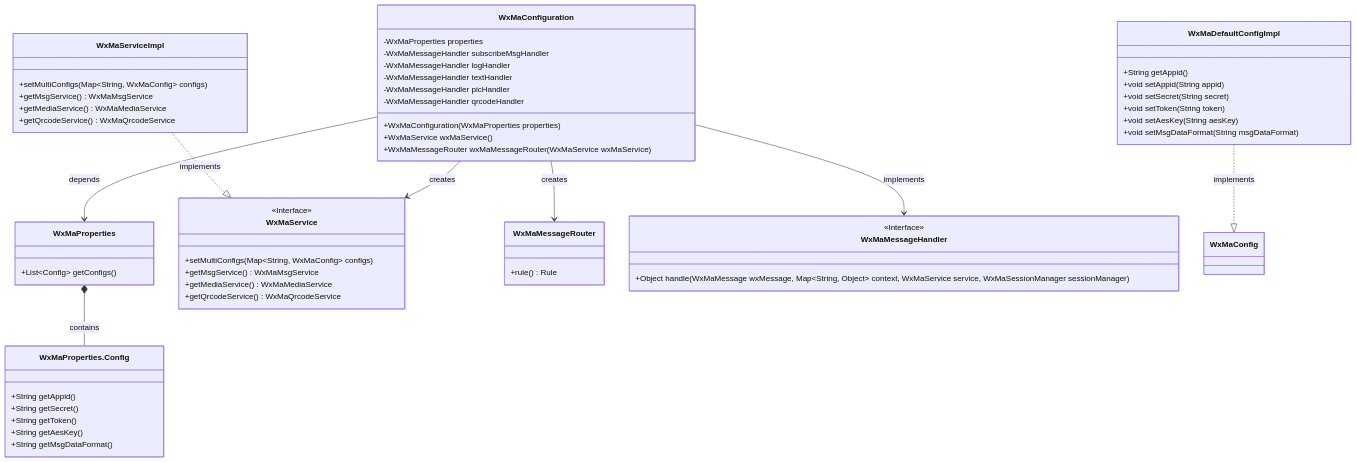
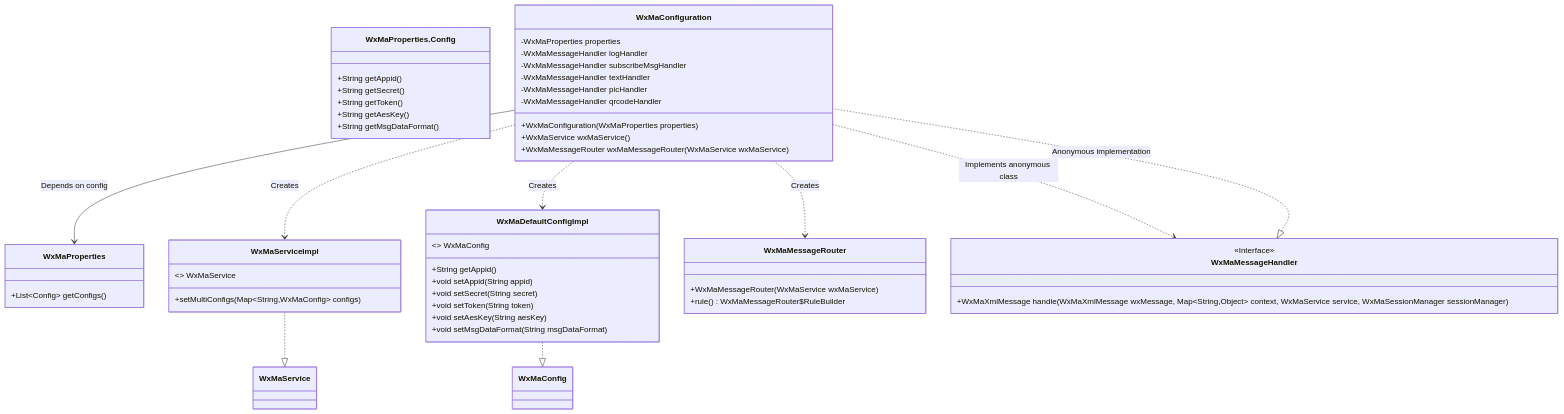
One commit to v-wjrong/imrrong_weixin-java-miniapp-demo changed the first of 3 diagrams in docs/en/docs/src/main/java/com/github/binarywang/demo/wx/miniapp/config/WxMaConfiguration.md. Above: the diagram before and after it, drawn with Mermaid. The commit also changed other lines of this file and 51 other files, not shown here.

````diff
--- a/docs/en/docs/src/main/java/com/github/binarywang/demo/wx/miniapp/config/WxMaConfiguration.md
+++ b/docs/en/docs/src/main/java/com/github/binarywang/demo/wx/miniapp/config/WxMaConfiguration.md
@@ -36,67 +36,60 @@
 ```mermaid
 classDiagram
+    class WxMaProperties {
+        +List~Config~ getConfigs()
+    }
+    
+    class WxMaProperties.Config {
+        +String getAppid()
+        +String getSecret()
+        +String getToken()
+        +String getAesKey()
+        +String getMsgDataFormat()
+    }
+    
     class WxMaConfiguration {
         -WxMaProperties properties
+        -WxMaMessageHandler logHandler
         -WxMaMessageHandler subscribeMsgHandler
-        -WxMaMessageHandler logHandler
         -WxMaMessageHandler textHandler
         -WxMaMessageHandler picHandler
         -WxMaMessageHandler qrcodeHandler
         +WxMaConfiguration(WxMaProperties properties)
         +WxMaService wxMaService()
         +WxMaMessageRouter wxMaMessageRouter(WxMaService wxMaService)
     }
-
-    class WxMaProperties {
-        +List~Config~ getConfigs()
+    
+    class WxMaServiceImpl {
+        <<Interface>> WxMaService
+        +setMultiConfigs(Map~String,WxMaConfig~ configs)
     }
-
-    class WxMaProperties.Config {
-        +String getAppid()
-        +String getSecret()
-        +String getToken()
-        +String getAesKey()
-        +String getMsgDataFormat()
-    }
-
-    class WxMaService {
-        <<Interface>>
-        +setMultiConfigs(Map~String, WxMaConfig~ configs)
-        +getMsgService() WxMaMsgService
-        +getMediaService() WxMaMediaService
-        +getQrcodeService() WxMaQrcodeService
-    }
-
-    class WxMaServiceImpl {
-        +setMultiConfigs(Map~String, WxMaConfig~ configs)
-        +getMsgService() WxMaMsgService
-        +getMediaService() WxMaMediaService
-        +getQrcodeService() WxMaQrcodeService
-    }
-
+    
     class WxMaDefaultConfigImpl {
+        <<Interface>> WxMaConfig
         +String getAppid()
         +void setAppid(String appid)
         +void setSecret(String secret)
         +void setToken(String token)
         +void setAesKey(String aesKey)
         +void setMsgDataFormat(String msgDataFormat)
     }
-
+    
     class WxMaMessageRouter {
-        +rule() Rule
+        +WxMaMessageRouter(WxMaService wxMaService)
+        +rule() WxMaMessageRouter$RuleBuilder
     }
-
+    
     class WxMaMessageHandler {
         <<Interface>>
-        +Object handle(WxMaMessage wxMessage, Map~String, Object~ context, WxMaService service, WxMaSessionManager sessionManager)
+        +WxMaXmlMessage handle(WxMaXmlMessage wxMessage, Map~String,Object~ context, WxMaService service, WxMaSessionManager sessionManager)
     }
-
-    WxMaConfiguration --> WxMaProperties : depends
-    WxMaConfiguration --> WxMaService : creates
-    WxMaConfiguration --> WxMaMessageRouter : creates
-    WxMaConfiguration --> WxMaMessageHandler : implements
-    WxMaServiceImpl ..|> WxMaService : implements
-    WxMaDefaultConfigImpl ..|> WxMaConfig : implements
-    WxMaProperties *-- WxMaProperties.Config : contains
+    
+    WxMaConfiguration --> WxMaProperties : Depends on config
+    WxMaConfiguration ..> WxMaServiceImpl : Creates
+    WxMaConfiguration ..> WxMaDefaultConfigImpl : Creates
+    WxMaConfiguration ..> WxMaMessageRouter : Creates
+    WxMaConfiguration ..> WxMaMessageHandler : Implements anonymous class
+    WxMaServiceImpl ..|> WxMaService
+    WxMaDefaultConfigImpl ..|> WxMaConfig
+    WxMaMessageHandler <|.. WxMaConfiguration : Anonymous implementation
 ```
````
